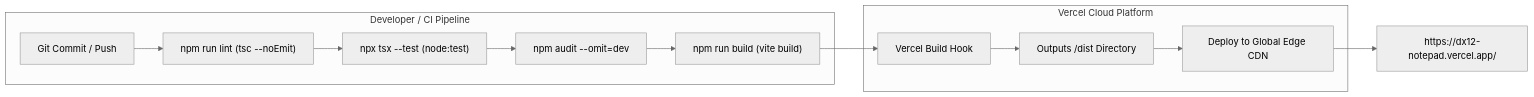
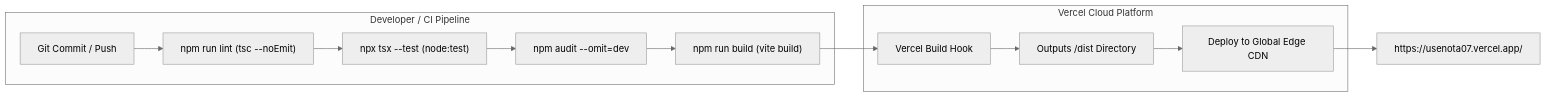
One commit to abhishekmishra9051/N-TA changed diagram 11 of 12 in ARCHITECTURE.md. Above: the diagram before and after it, drawn with Mermaid (neutral theme). The commit also changed other lines of this file and 4 other files, not shown here.

````diff
--- a/ARCHITECTURE.md
+++ b/ARCHITECTURE.md
@@ -499,17 +499,17 @@
 ```mermaid
 graph LR
     subgraph Developer_Environment["Developer / CI Pipeline"]
         GitCommit["Git Commit / Push"] --> LintCheck["npm run lint (tsc --noEmit)"]
         LintCheck --> UnitTest["npx tsx --test (node:test)"]
         UnitTest --> AuditCheck["npm audit --omit=dev"]
         AuditCheck --> ProductionBuild["npm run build (vite build)"]
     end
 
     subgraph Vercel_Platform["Vercel Cloud Platform"]
         DeployTrigger["Vercel Build Hook"] --> GenerateDist["Outputs /dist Directory"]
         GenerateDist --> EdgeDeploy["Deploy to Global Edge CDN"]
     end
 
     ProductionBuild --> DeployTrigger
-    EdgeDeploy --> LiveProd["https://dx12-notepad.vercel.app/"]
+    EdgeDeploy --> LiveProd["https://usenota07.vercel.app/"]
 ```
````
